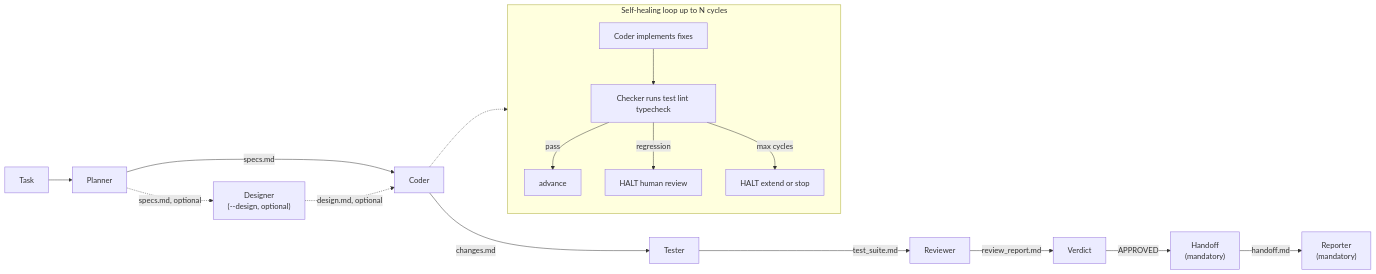
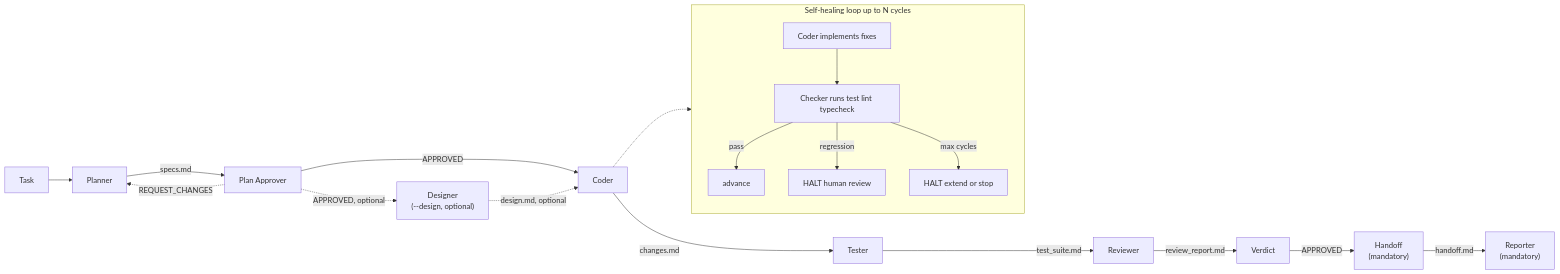
One commit to isholaomotayo/orchestrator changed the first of 2 diagrams in README.md. Above: the diagram before and after it, drawn with Mermaid. The commit also changed other lines of this file, not shown here.

````diff
--- a/README.md
+++ b/README.md
@@ -60,21 +81,23 @@
 ```mermaid
 flowchart LR
     T[Task] --> P[Planner]
-    P -->|specs.md| C[Coder]
-    P -.->|specs.md, optional| D["Designer<br/>(--design, optional)"]
+    P -->|specs.md| PA[Plan Approver]
+    PA -->|APPROVED| C[Coder]
+    PA -.->|REQUEST_CHANGES| P
+    PA -.->|APPROVED, optional| D["Designer<br/>(--design, optional)"]
     D -.->|design.md, optional| C
     C -->|changes.md| Te[Tester]
     Te -->|test_suite.md| R[Reviewer]
     R -->|review_report.md| V[Verdict]
     V -->|APPROVED| Ho["Handoff<br/>(mandatory)"]
     Ho -->|handoff.md| Rp["Reporter<br/>(mandatory)"]
 
     subgraph SH["Self-healing loop up to N cycles"]
         direction TB
         C1[Coder implements fixes] --> Ch[Checker runs test lint typecheck]
         Ch -->|pass| Done[advance]
         Ch -->|regression| H1[HALT human review]
         Ch -->|max cycles| H2[HALT extend or stop]
     end
     C -.-> C1
 ```
````
